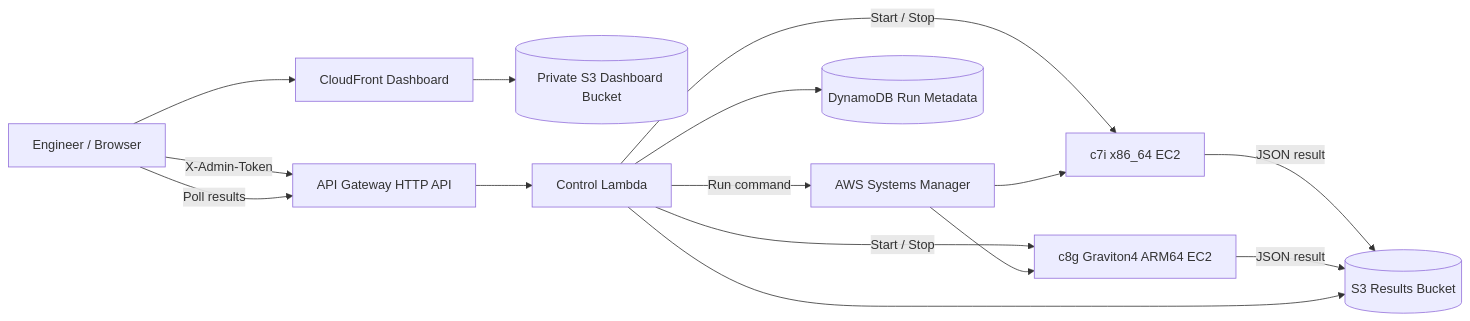
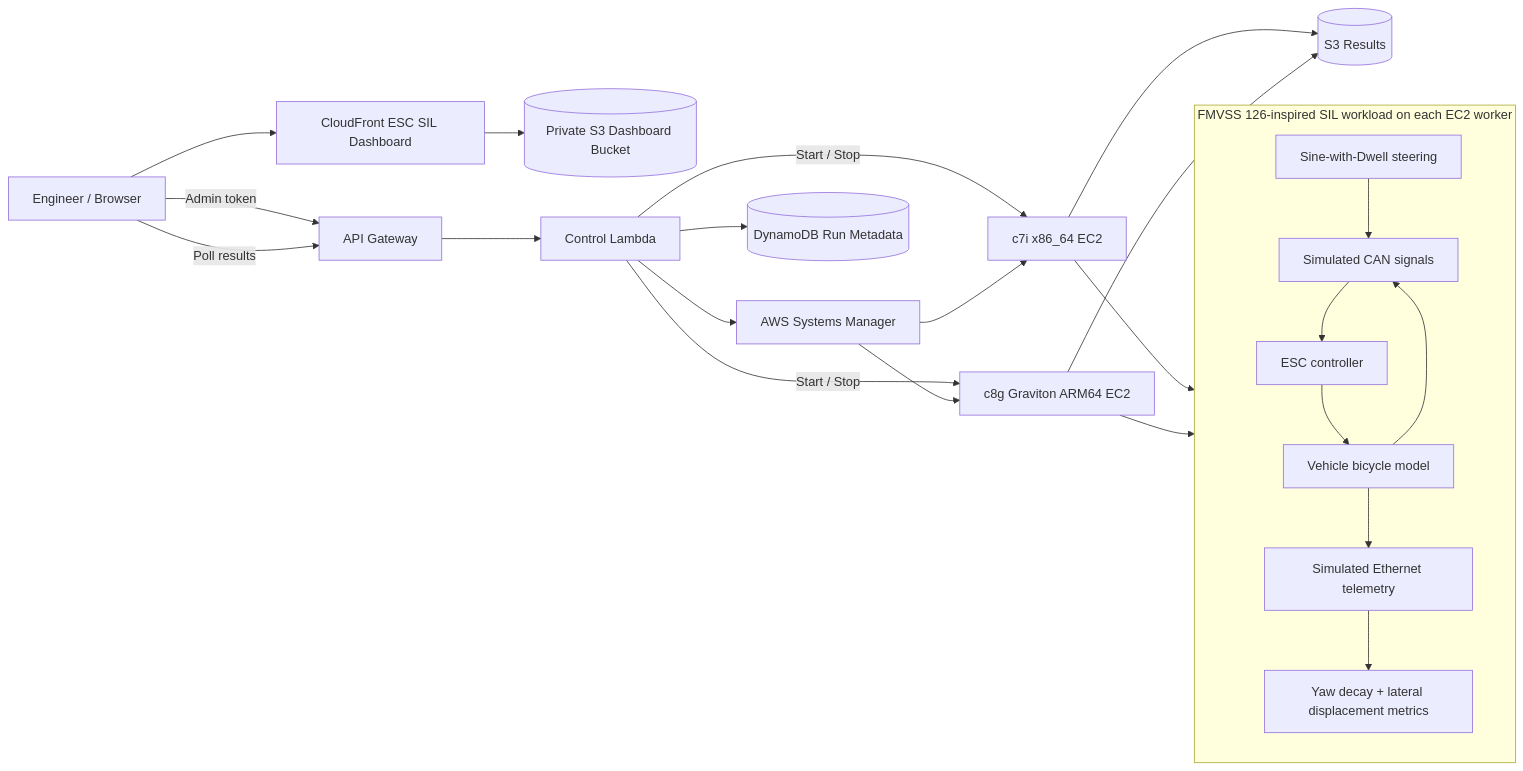
One commit to ashtonhashemi/aws-graviton-automotive-benchmar changed the diagram in README.md. Above: the diagram before and after it, drawn with Mermaid. The commit also changed other lines of this file, not shown here.

Commit message:
Rewrite project documentation around FMVSS 126 ESC SIL benchmark

````diff
--- a/README.md
+++ b/README.md
@@ -51,17 +46,28 @@
 ```mermaid
 flowchart LR
-  U[Engineer / Browser] --> CF[CloudFront Dashboard]
+  U[Engineer / Browser] --> CF[CloudFront ESC SIL Dashboard]
   CF --> S3D[(Private S3 Dashboard Bucket)]
-  U -->|X-Admin-Token| API[API Gateway HTTP API]
+  U -->|Admin token| API[API Gateway]
   API --> L[Control Lambda]
   L -->|Start / Stop| X[c7i x86_64 EC2]
-  L -->|Start / Stop| A[c8g Graviton4 ARM64 EC2]
-  L -->|Run command| SSM[AWS Systems Manager]
+  L -->|Start / Stop| A[c8g Graviton ARM64 EC2]
+  L --> SSM[AWS Systems Manager]
   SSM --> X
   SSM --> A
-  X -->|JSON result| S3R[(S3 Results Bucket)]
-  A -->|JSON result| S3R
-  L --> S3R
+
+  subgraph SIL[FMVSS 126-inspired SIL workload on each EC2 worker]
+    SWD[Sine-with-Dwell steering] --> CAN[Simulated CAN signals]
+    CAN --> ESC[ESC controller]
+    ESC --> VEH[Vehicle bicycle model]
+    VEH --> CAN
+    VEH --> ETH[Simulated Ethernet telemetry]
+    ETH --> MET[Yaw decay + lateral displacement metrics]
+  end
+
+  X --> SIL
+  A --> SIL
+  X --> S3R[(S3 Results)]
+  A --> S3R
   L --> DDB[(DynamoDB Run Metadata)]
   U -->|Poll results| API
 ```
````
